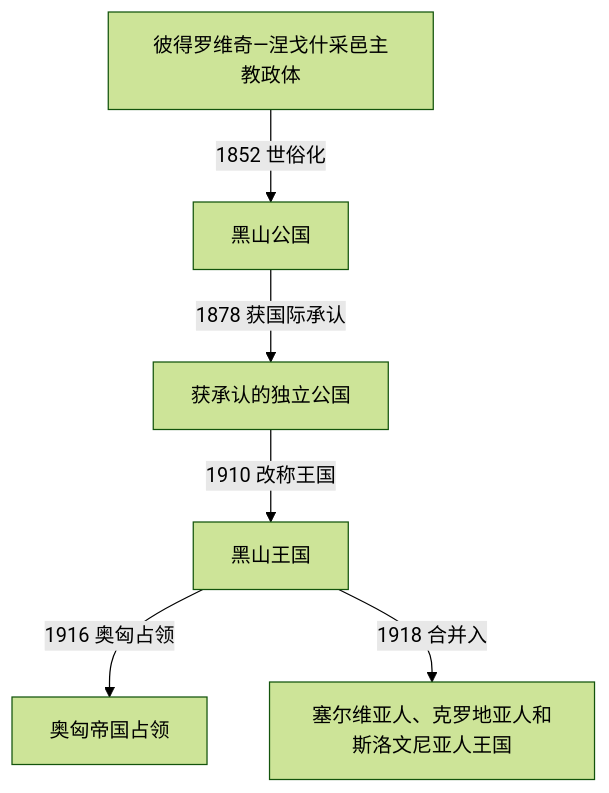
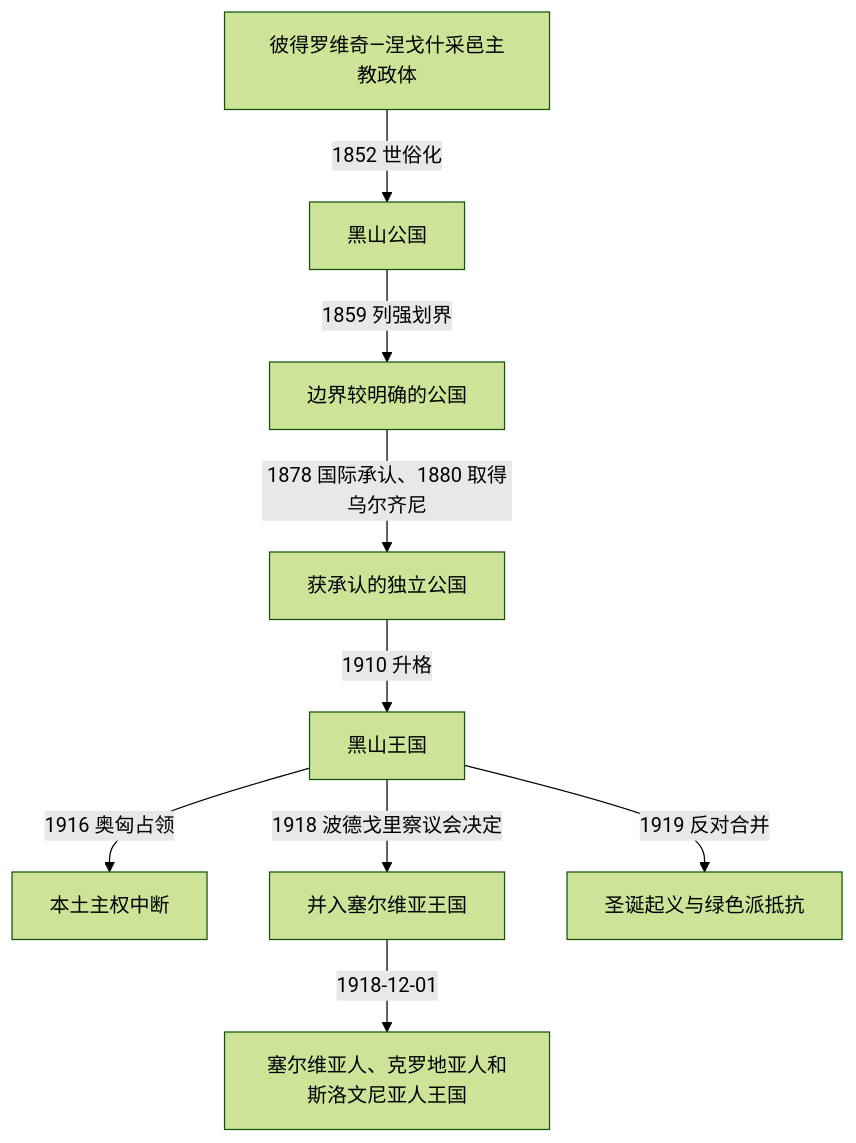
Before and after one commit to tianlan-dev/learning-notes: the diagram in 人文科学/历史/欧洲/东南欧与巴尔干/黑山/黑山公国与王国.md, drawn with Mermaid (forest theme). The commit also changed other lines of this file and 1417 other files, not shown here.

````diff
--- a/人文科学/历史/欧洲/东南欧与巴尔干/黑山/黑山公国与王国.md
+++ b/人文科学/历史/欧洲/东南欧与巴尔干/黑山/黑山公国与王国.md
@@ -34,8 +90,11 @@
 ```mermaid
 flowchart TD
     PrinceBishop["彼得罗维奇—涅戈什采邑主教政体"] -->|"1852 世俗化"| Principality["黑山公国"]
-    Principality -->|"1878 获国际承认"| Recognized["获承认的独立公国"]
-    Recognized -->|"1910 改称王国"| Kingdom["黑山王国"]
-    Kingdom -->|"1916 奥匈占领"| AustriaHungary["奥匈帝国占领"]
-    Kingdom -->|"1918 合并入"| YugKingdom["塞尔维亚人、克罗地亚人和斯洛文尼亚人王国"]
+    Principality -->|"1859 列强划界"| Bordered["边界较明确的公国"]
+    Bordered -->|"1878 国际承认、1880 取得乌尔齐尼"| Independent["获承认的独立公国"]
+    Independent -->|"1910 升格"| Kingdom["黑山王国"]
+    Kingdom -->|"1916 奥匈占领"| Occupation["本土主权中断"]
+    Kingdom -->|"1918 波德戈里察议会决定"| Serbia["并入塞尔维亚王国"]
+    Serbia -->|"1918-12-01"| YugKingdom["塞尔维亚人、克罗地亚人和斯洛文尼亚人王国"]
+    Kingdom -->|"1919 反对合并"| Uprising["圣诞起义与绿色派抵抗"]
 ```
````
